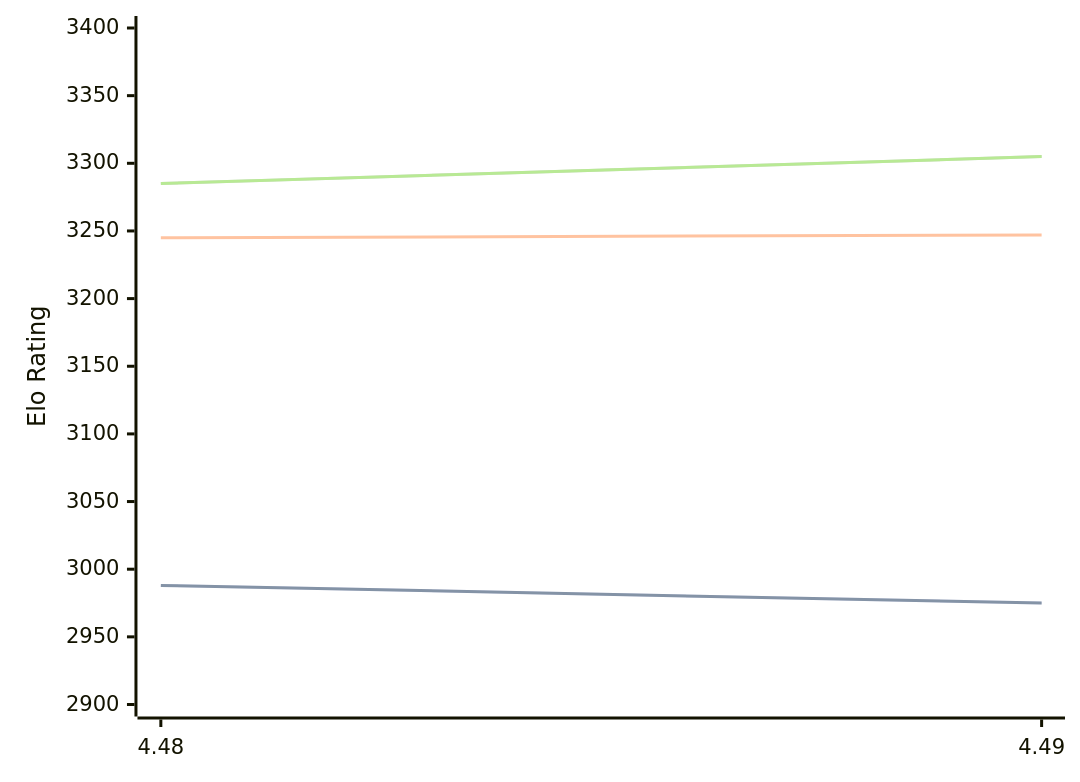
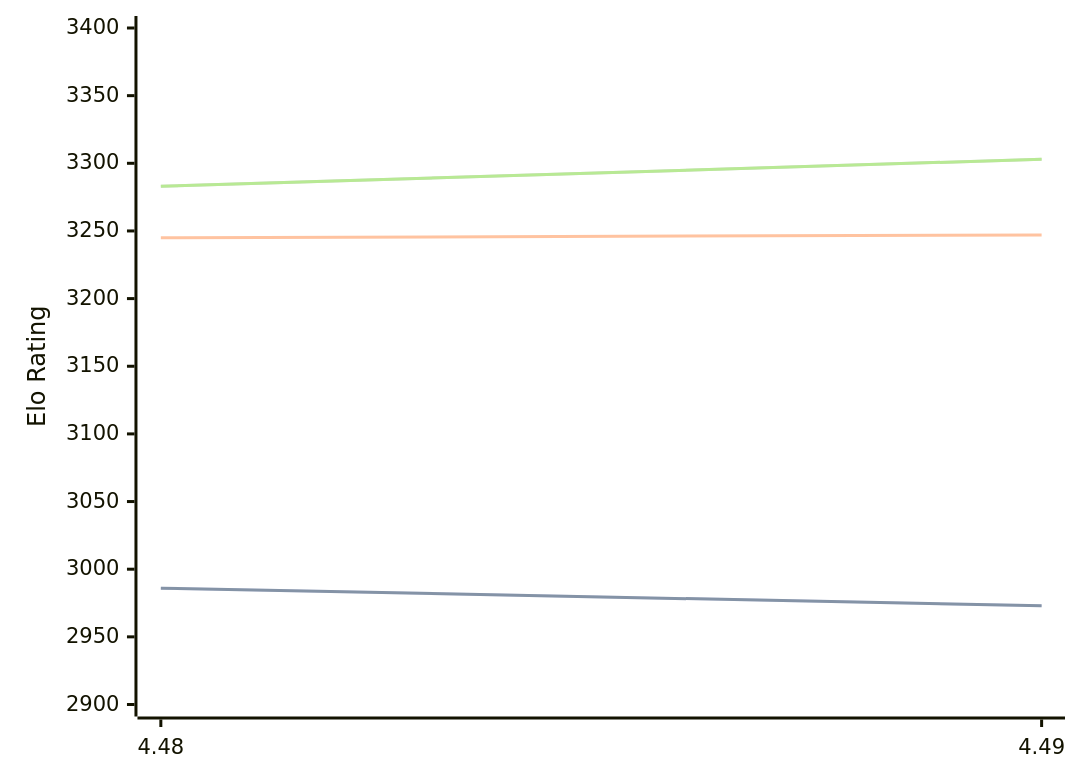
One commit to computer-chess-index/cci changed the diagram in engines/Cheng4.md. Above: the diagram before and after it, drawn with Mermaid. The commit also changed other lines of this file, not shown here.

Commit message:
Update CCI Ratings (ELO VLTC) - 2026-10-01

````diff
--- a/engines/Cheng4.md
+++ b/engines/Cheng4.md
@@ -32,11 +32,11 @@
 ```mermaid
 %%{init: {"theme":"base","themeVariables":{"seriesColors:['#a3a3a3','#222221','#faa371']}}}%%
 xychart-beta
   x-axis ["4.48", "4.49"]
   y-axis "Elo Rating" 2900 --> 3400
-  line "" [2988, 2975]
-  line "STC (8.0+0.08s)" [2988, 2975]
+  line "" [2986, 2973]
+  line "STC (8.0+0.08s)" [2986, 2973]
   line "LTC (60.0+0.60s)" [3245, 3247]
-  line "" [3285, 3305]
-  line "VLTC (2m24s+1.12s)" [3285, 3305]
+  line "" [3283, 3303]
+  line "VLTC (2m24s+1.12s)" [3283, 3303]
 ```
````
